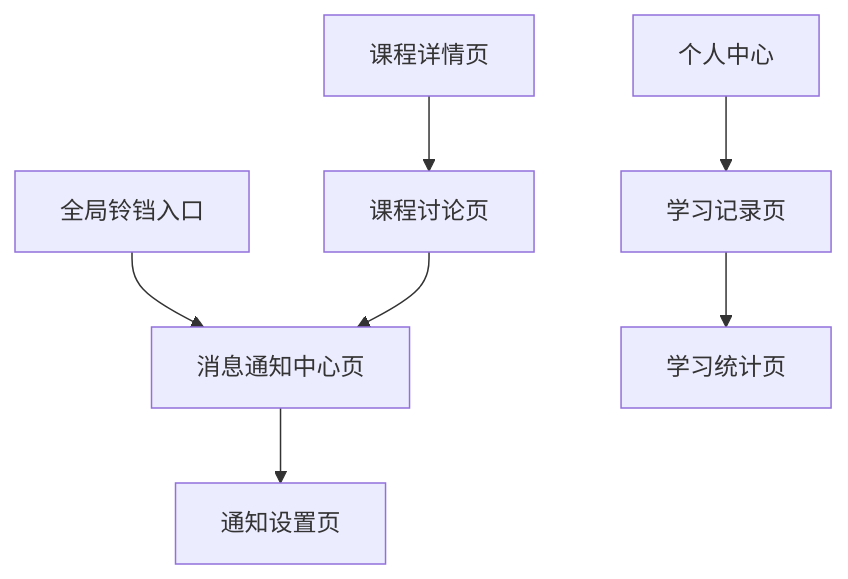
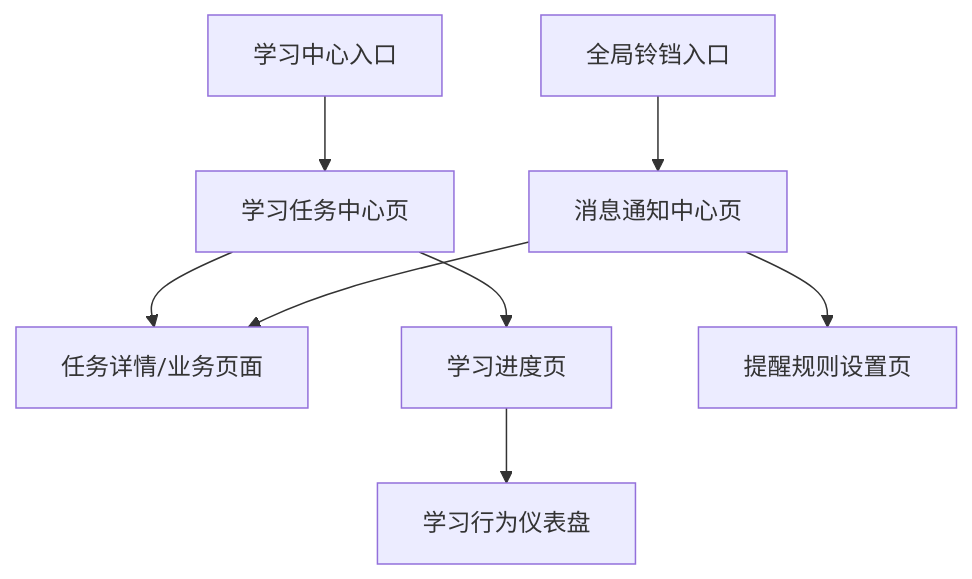
One commit to Cr4zyorange/OnlineJudge changed the fifth of 11 diagrams in docs/最终提交/软件概要设计说明书.md. Above: the diagram before and after it, drawn with Mermaid. The commit also changed other lines of this file, not shown here.

````diff
--- a/docs/最终提交/软件概要设计说明书.md
+++ b/docs/最终提交/软件概要设计说明书.md
@@ -855,9 +924,10 @@
 ```mermaid
 graph TD
-    A[全局铃铛入口] --> B[消息通知中心页]
-    B --> C[通知设置页]
-    D[个人中心] --> E[学习记录页]
-    E --> F[学习统计页]
-    G[课程详情页] --> H[课程讨论页]
-    H --> B
+    A[学习中心入口] --> B[学习任务中心页]
+    B --> C[任务详情/业务页面]
+    B --> D[学习进度页]
+    D --> E[学习行为仪表盘]
+    F[全局铃铛入口] --> G[消息通知中心页]
+    G --> H[提醒规则设置页]
+    G --> C
 ```
````
